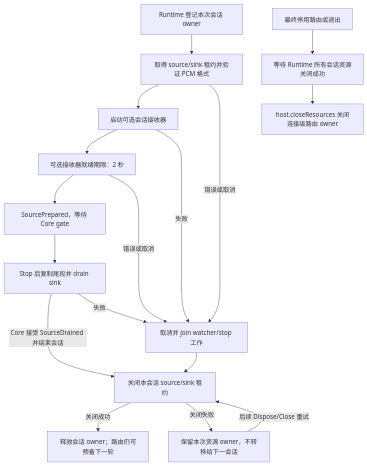
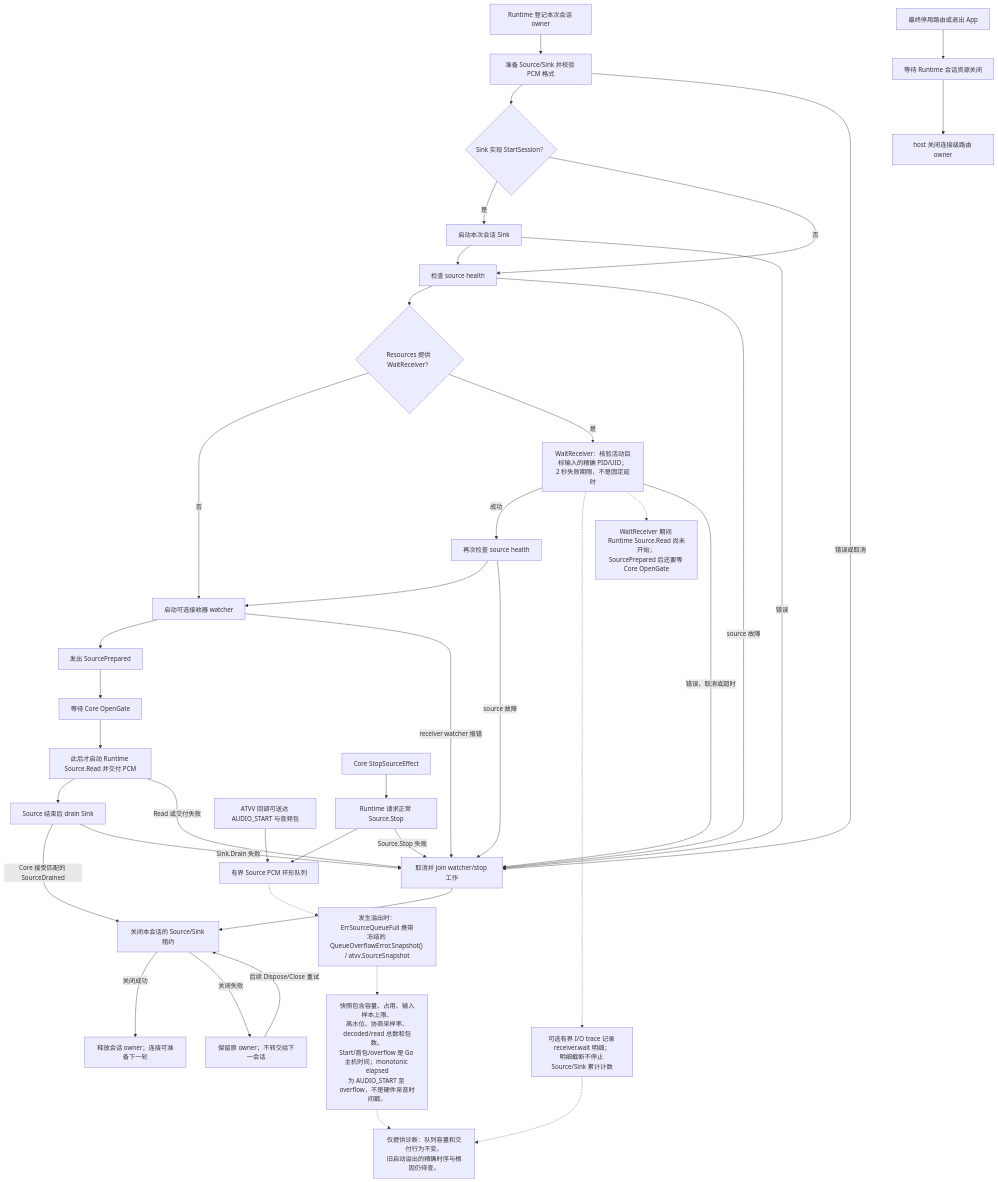
Before and after one commit to daftAI2026/MiMac: the diagram in tools/workbench/diagrams/resource-preparation-cleanup.mmd, drawn with Mermaid. The commit also changed 17 other files, not shown here.

Commit message:
feat: add native page previews and architecture canvas navigation

```diff
--- a/tools/workbench/diagrams/resource-preparation-cleanup.mmd
+++ b/tools/workbench/diagrams/resource-preparation-cleanup.mmd
@@ -1,17 +1,42 @@
 flowchart TD
-    owner["Runtime 登记本次会话 owner"] --> prepare["取得 source/sink 租约并验证 PCM 格式"]
-    prepare --> start["启动可选会话接收器"]
-    start --> receiver["可选接收器就绪期限：2 秒"]
-    receiver --> ready["SourcePrepared，等待 Core gate"]
-    ready --> stop["Stop 后复制尾段并 drain sink"]
-    stop -->|Core 接受 SourceDrained 并结束会话| cleanup["关闭本会话 source/sink 租约"]
+    owner["Runtime 登记本次会话 owner"] --> prepare["准备 Source/Sink 并校验 PCM 格式"]
+    prepare --> sessionSink{"Sink 实现 StartSession？"}
+    sessionSink -->|是| startSink["启动本次会话 Sink"]
+    sessionSink -->|否| health
+    startSink --> health["检查 source health"]
+    health --> receiverCheck{"Resources 提供 WaitReceiver？"}
+    receiverCheck -->|否| watch
+    receiverCheck -->|是| wait["WaitReceiver：核验活动目标输入的精确 PID/UID；\n2 秒失败期限，不是固定延时"]
+    wait -->|成功| healthAfter["再次检查 source health"]
+    healthAfter --> watch["启动可选接收器 watcher"]
+    watch --> publish["发出 SourcePrepared"]
+    publish --> gate["等待 Core OpenGate"]
+    gate --> read["此后才启动 Runtime Source.Read 并交付 PCM"]
+    stop["Core StopSourceEffect"] --> sourceStop["Runtime 请求正常 Source.Stop"]
+    sourceStop --> sourceQueue
+    read --> eof["Source 结束后 drain Sink"]
+    eof -->|Core 接受匹配的 SourceDrained| cleanup["关闭本会话的 Source/Sink 租约"]
+
+    atvv["ATVV 回调可送达 AUDIO_START 与音频包"] --> sourceQueue["有界 Source PCM 环形队列"]
+    sourceQueue -.-> overflow["发生溢出时：ErrSourceQueueFull 携带\n冻结的 QueueOverflowError.Snapshot() / atvv.SourceSnapshot"]
+    overflow -.-> snapshot["快照包含容量、占用、输入样本上限、\n高水位、协商采样率、decoded/read 总数和包数。\nStart/首包/overflow 是 Go 主机时间；monotonic elapsed\n为 AUDIO_START 至 overflow，不是硬件采音时间戳。"]
+    wait -.-> trace["可选有界 I/O trace 记录 receiver.wait 明细；\n明细截断不停止 Source/Sink 累计计数"]
+    wait -.-> waitBoundary["WaitReceiver 期间 Runtime Source.Read 尚未开始；\nSourcePrepared 后还要等 Core OpenGate"]
+    snapshot -.-> boundary["仅提供诊断：队列容量和交付行为不变。\n旧启动溢出的精确时序与根因仍待查。"]
+    trace -.-> boundary
+
     prepare -->|错误或取消| fail["取消并 join watcher/stop 工作"]
-    start -->|失败| fail
-    receiver -->|错误或取消| fail
-    stop -->|失败| fail
+    startSink -->|错误| fail
+    health -->|source 故障| fail
+    wait -->|错误、取消或超时| fail
+    healthAfter -->|source 故障| fail
+    watch -->|receiver watcher 报错| fail
+    sourceStop -->|Source.Stop 失败| fail
+    read -->|Read 或交付失败| fail
+    eof -->|Sink.Drain 失败| fail
     fail --> cleanup
-    cleanup -->|关闭成功| released["释放会话 owner；路由仍可预备下一轮"]
-    cleanup -->|关闭失败| retained["保留本次资源 owner，不转移给下一会话"]
+    cleanup -->|关闭成功| released["释放会话 owner；连接可准备下一轮"]
+    cleanup -->|关闭失败| retained["保留原 owner；不转交给下一会话"]
     retained -->|后续 Dispose/Close 重试| cleanup
-    quit["最终停用路由或退出"] --> runtimeClosed["等待 Runtime 所有会话资源关闭成功"]
-    runtimeClosed --> routeClosed["host.closeResources 关闭连接级路由 owner"]
+    quit["最终停用路由或退出 App"] --> runtimeClosed["等待 Runtime 会话资源关闭"]
+    runtimeClosed --> routeClosed["host 关闭连接级路由 owner"]
```
